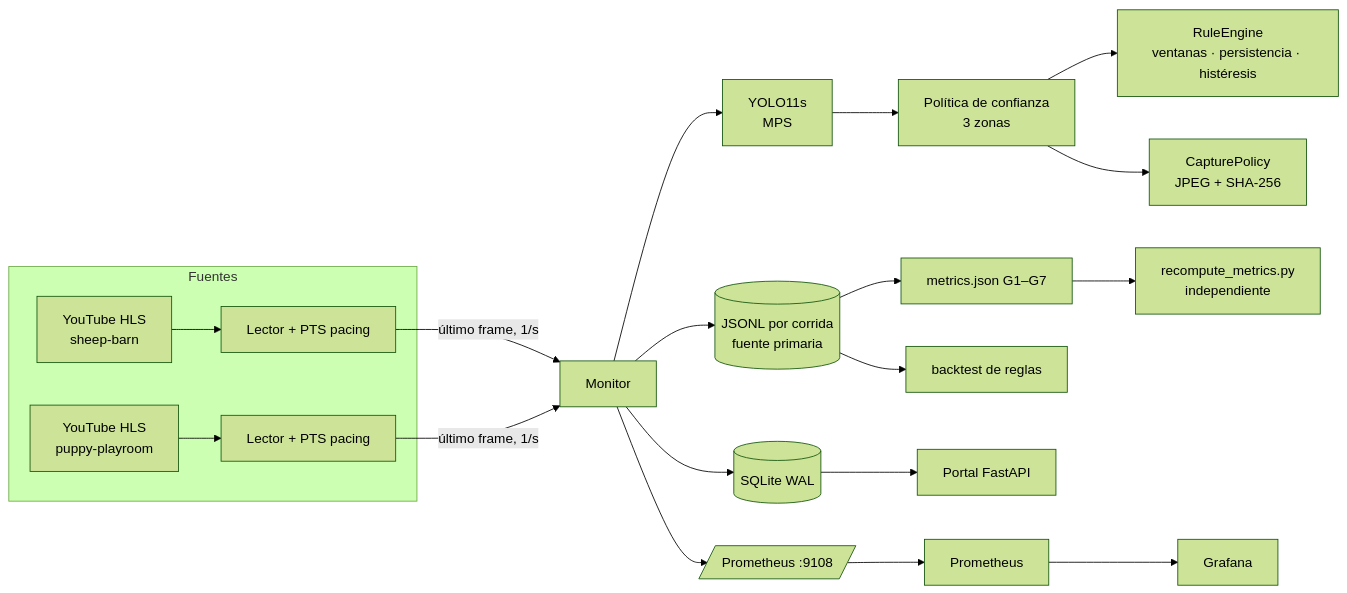
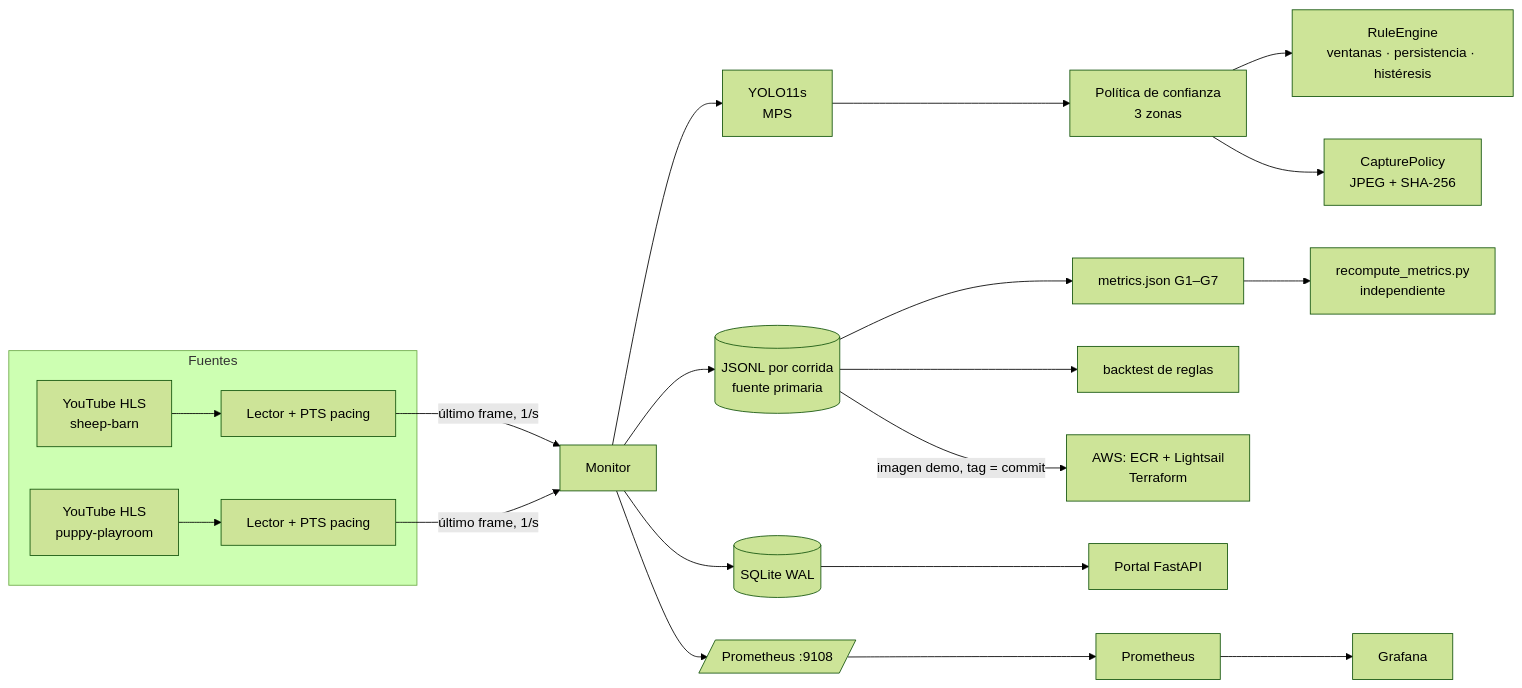
One commit to stephy0410/streamwatch-cv changed the diagram in README.md. Above: the diagram before and after it, drawn with Mermaid (forest theme). The commit also changed other lines of this file and 4 other files, not shown here.

First line of the commit message:
docs(aws): demo en vivo en el README, F8 en extras y evidencia del despliegue

````diff
--- a/README.md
+++ b/README.md
@@ -38,19 +39,20 @@
 ```mermaid
 flowchart LR
   subgraph Fuentes
     A[YouTube HLS<br/>sheep-barn] --> R1[Lector + PTS pacing]
     B[YouTube HLS<br/>puppy-playroom] --> R2[Lector + PTS pacing]
   end
   R1 & R2 -->|último frame, 1/s| M[Monitor]
   M --> D[YOLO11s<br/>MPS]
   D --> P[Política de confianza<br/>3 zonas]
   P --> E[RuleEngine<br/>ventanas · persistencia · histéresis]
   P --> C[CapturePolicy<br/>JPEG + SHA-256]
   M --> J[(JSONL por corrida<br/>fuente primaria)]
   M --> S[(SQLite WAL)]
   M --> X[/Prometheus :9108/]
   J --> MET[metrics.json G1–G7] --> V[recompute_metrics.py<br/>independiente]
   J --> BT[backtest de reglas]
   S --> W[Portal FastAPI]
+  J -->|imagen demo, tag = commit| AWS[AWS: ECR + Lightsail<br/>Terraform]
   X --> PR[Prometheus] --> G[Grafana]
 ```
````
